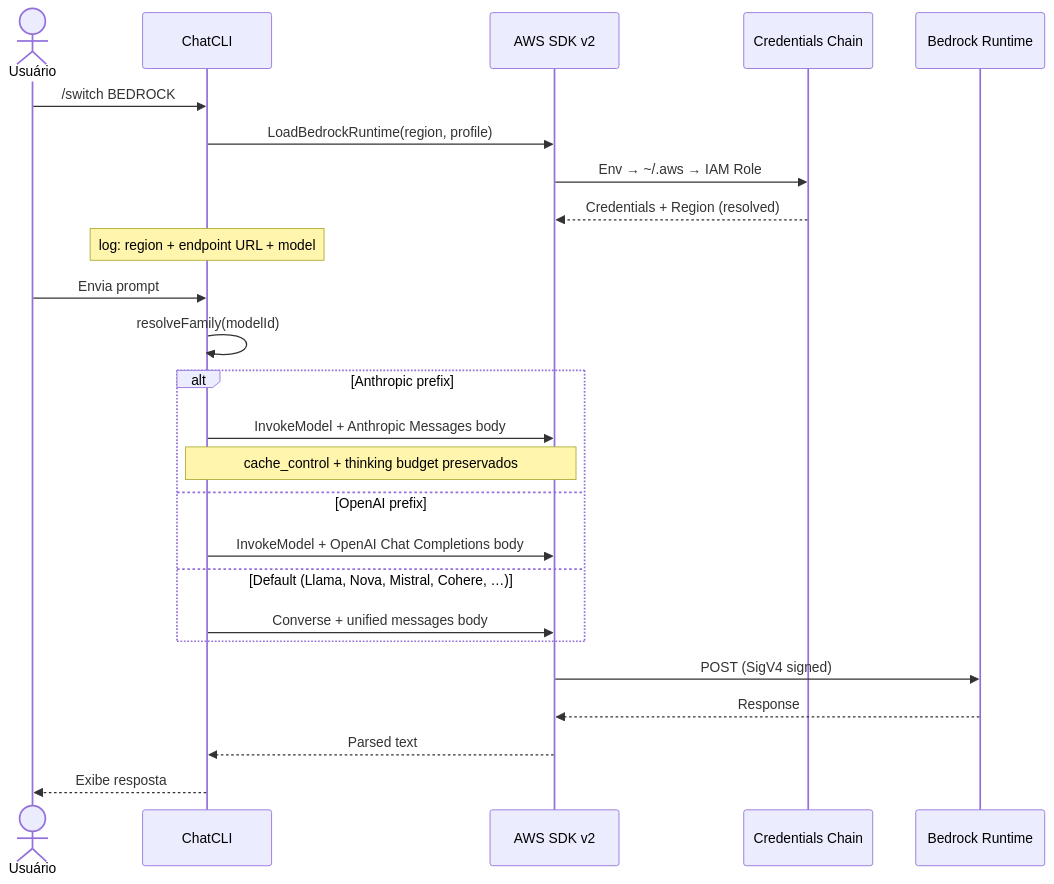
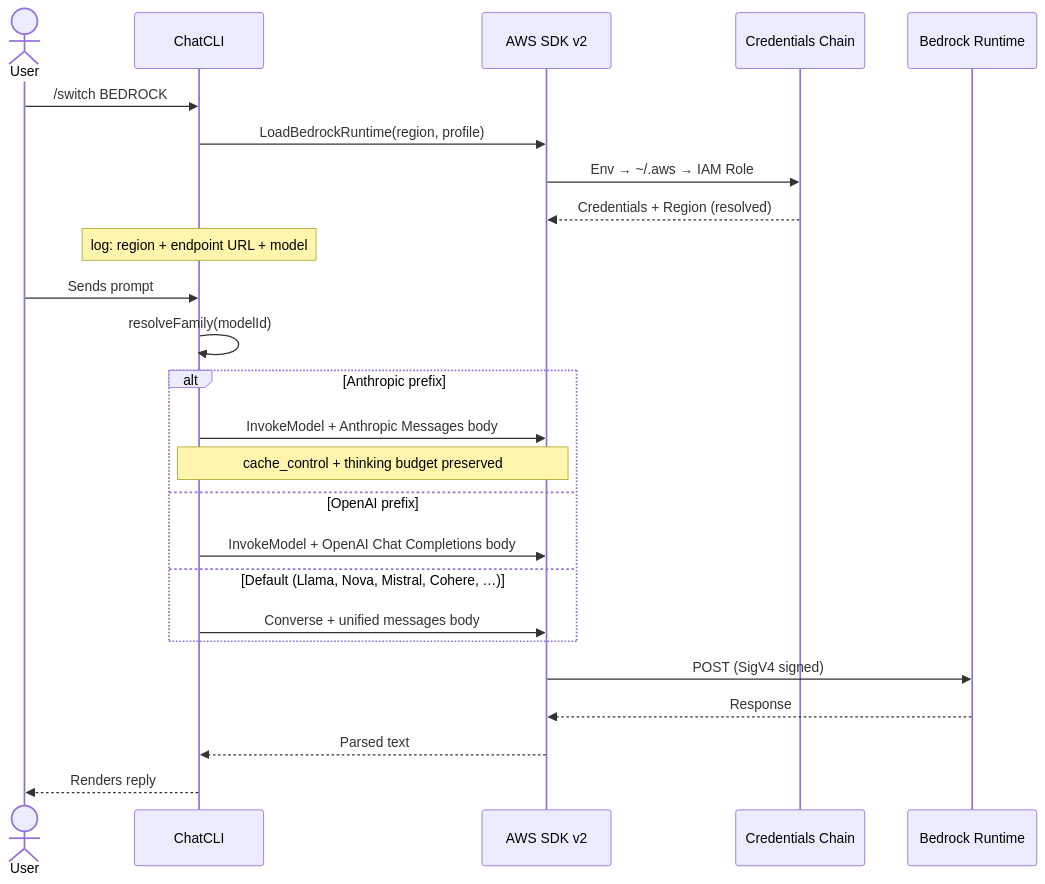
Before and after one commit to diillson/chatcli.ai: the diagram in features/bedrock.mdx, drawn with Mermaid. The commit also changed other lines of this file and 500 other files, not shown here.

````diff
--- a/features/bedrock.mdx
+++ b/features/bedrock.mdx
@@ -452,29 +452,29 @@
 ```mermaid
 sequenceDiagram
-    actor User as Usuário
+    actor User
     participant CLI as ChatCLI
     participant SDK as AWS SDK v2
     participant Chain as Credentials Chain
     participant Bedrock as Bedrock Runtime
 
     User->>CLI: /switch BEDROCK
     CLI->>SDK: LoadBedrockRuntime(region, profile)
     SDK->>Chain: Env → ~/.aws → IAM Role
     Chain-->>SDK: Credentials + Region (resolved)
     Note over CLI: log: region + endpoint URL + model
 
-    User->>CLI: Envia prompt
+    User->>CLI: Sends prompt
     CLI->>CLI: resolveFamily(modelId)
     alt Anthropic prefix
         CLI->>SDK: InvokeModel + Anthropic Messages body
-        Note over CLI,SDK: cache_control + thinking budget preservados
+        Note over CLI,SDK: cache_control + thinking budget preserved
     else OpenAI prefix
         CLI->>SDK: InvokeModel + OpenAI Chat Completions body
     else Default (Llama, Nova, Mistral, Cohere, …)
         CLI->>SDK: Converse + unified messages body
     end
     SDK->>Bedrock: POST (SigV4 signed)
     Bedrock-->>SDK: Response
     SDK-->>CLI: Parsed text
-    CLI-->>User: Exibe resposta
+    CLI-->>User: Renders reply
 ```
````
